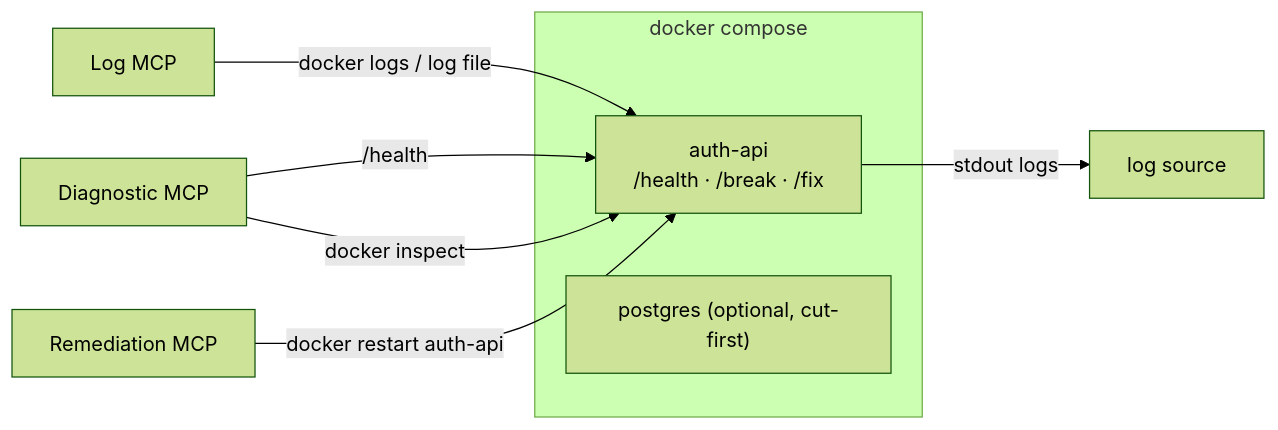
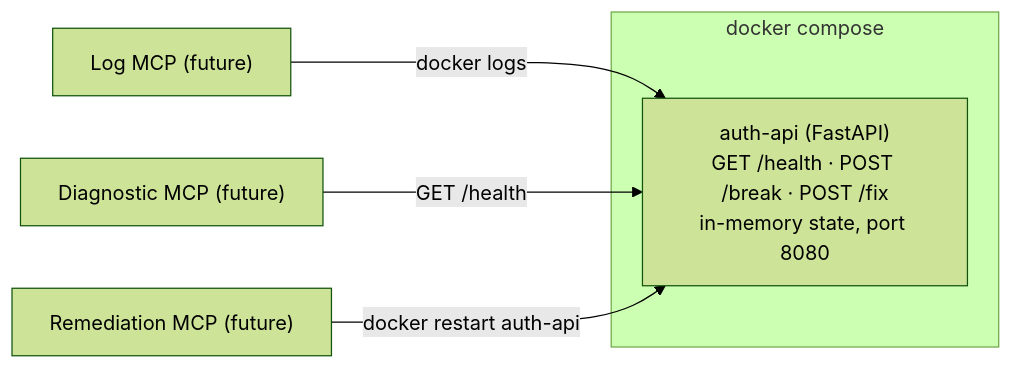
One commit to domainkeeper/AegisOps changed the third of 4 diagrams in ARCHITECTURE.md. Above: the diagram before and after it, drawn with Mermaid (forest theme). The commit also changed other lines of this file and 18 other files, not shown here.

Commit message:
feat: Phase 2 - real Docker infrastructure for auth-api with health/break/fix and verified restart recovery

````diff
--- a/ARCHITECTURE.md
+++ b/ARCHITECTURE.md
@@ -375,12 +385,9 @@
 ```mermaid
 flowchart LR
     subgraph Docker["docker compose"]
-        API["auth-api<br/>/health · /break · /fix"]
-        PG["postgres (optional, cut-first)"]
+        API["auth-api (FastAPI)<br/>GET /health · POST /break · POST /fix<br/>in-memory state, port 8080"]
     end
-    LM["Log MCP"] -->|"docker logs / log file"| API
-    DM["Diagnostic MCP"] -->|"/health"| API
-    DM -->|"docker inspect"| API
-    RM["Remediation MCP"] -->|"docker restart auth-api"| API
-    API -->|"stdout logs"| LOGFILE["log source"]
+    LM["Log MCP (future)"] -->|"docker logs"| API
+    DM["Diagnostic MCP (future)"] -->|"GET /health"| API
+    RM["Remediation MCP (future)"] -->|"docker restart auth-api"| API
 ```
````
